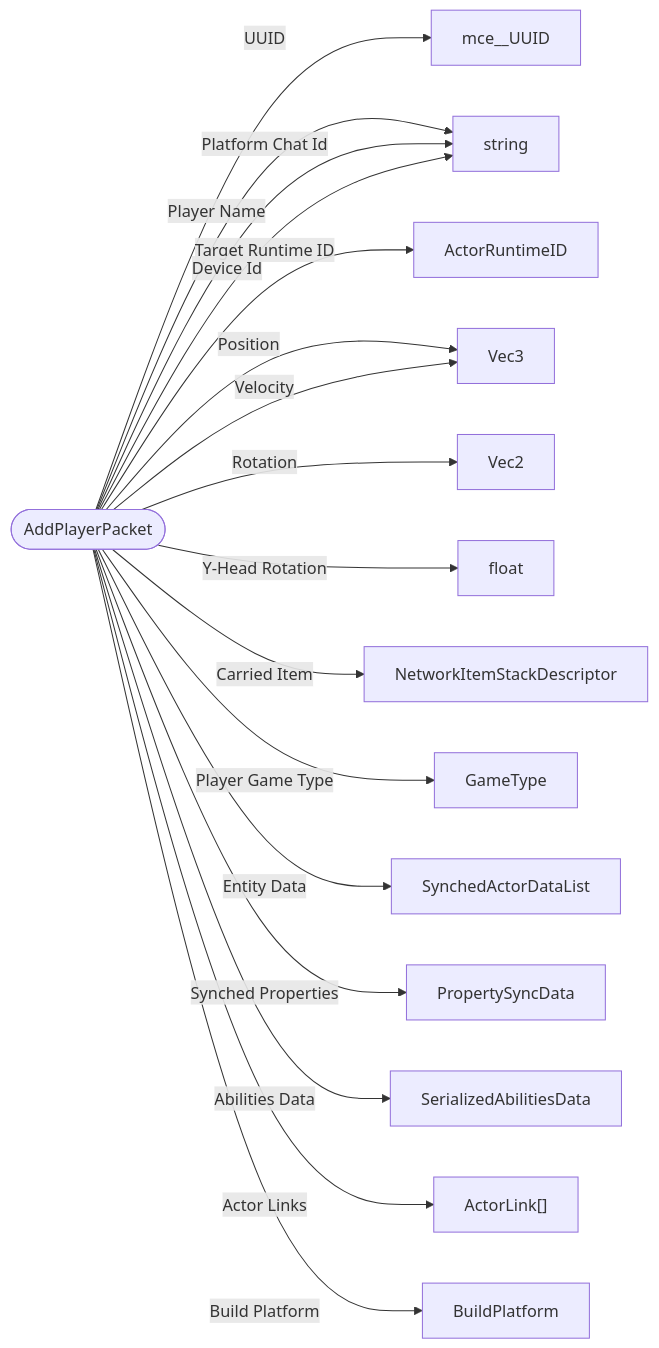
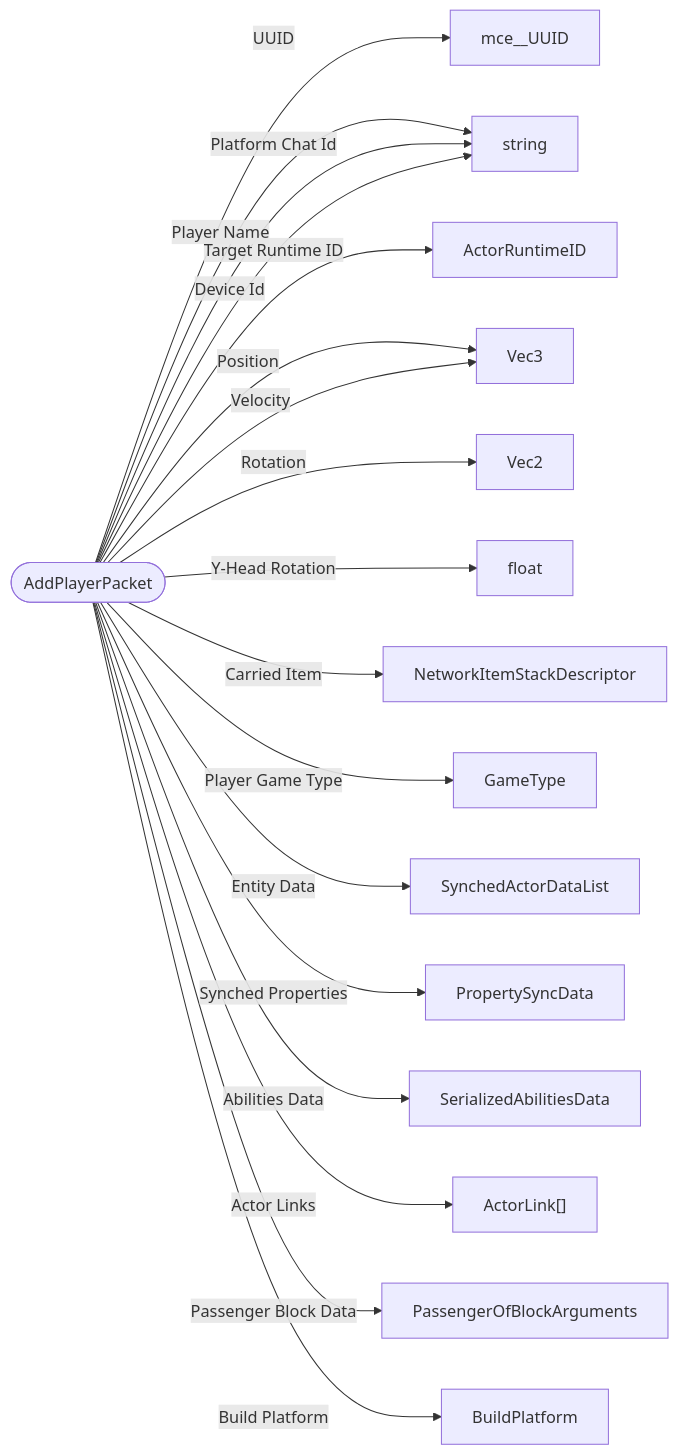
Before and after one commit to bedrock-v/protocol-docs: the diagram in schemas/packets/AddPlayerPacket.md, drawn with Mermaid. The commit also changed 37 other files, not shown here.

````diff
--- a/schemas/packets/AddPlayerPacket.md
+++ b/schemas/packets/AddPlayerPacket.md
@@ -7,20 +7,21 @@
 ```mermaid
 flowchart LR
   ROOT(["AddPlayerPacket"])
   ROOT -->|"UUID"| mce__UUID["mce__UUID"]
   ROOT -->|"Player Name"| string["string"]
   ROOT -->|"Target Runtime ID"| ActorRuntimeID["ActorRuntimeID"]
   ROOT -->|"Platform Chat Id"| string["string"]
   ROOT -->|"Position"| Vec3["Vec3"]
   ROOT -->|"Velocity"| Vec3["Vec3"]
   ROOT -->|"Rotation"| Vec2["Vec2"]
   ROOT -->|"Y-Head Rotation"| float["float"]
   ROOT -->|"Carried Item"| NetworkItemStackDescriptor["NetworkItemStackDescriptor"]
   ROOT -->|"Player Game Type"| GameType["GameType"]
   ROOT -->|"Entity Data"| SynchedActorDataList["SynchedActorDataList"]
   ROOT -->|"Synched Properties"| PropertySyncData["PropertySyncData"]
   ROOT -->|"Abilities Data"| SerializedAbilitiesData["SerializedAbilitiesData"]
   ROOT -->|"Actor Links"| ActorLink["ActorLink[]"]
+  ROOT -->|"Passenger Block Data"| PassengerOfBlockArguments["PassengerOfBlockArguments"]
   ROOT -->|"Device Id"| string["string"]
   ROOT -->|"Build Platform"| BuildPlatform["BuildPlatform"]
 ```
````
